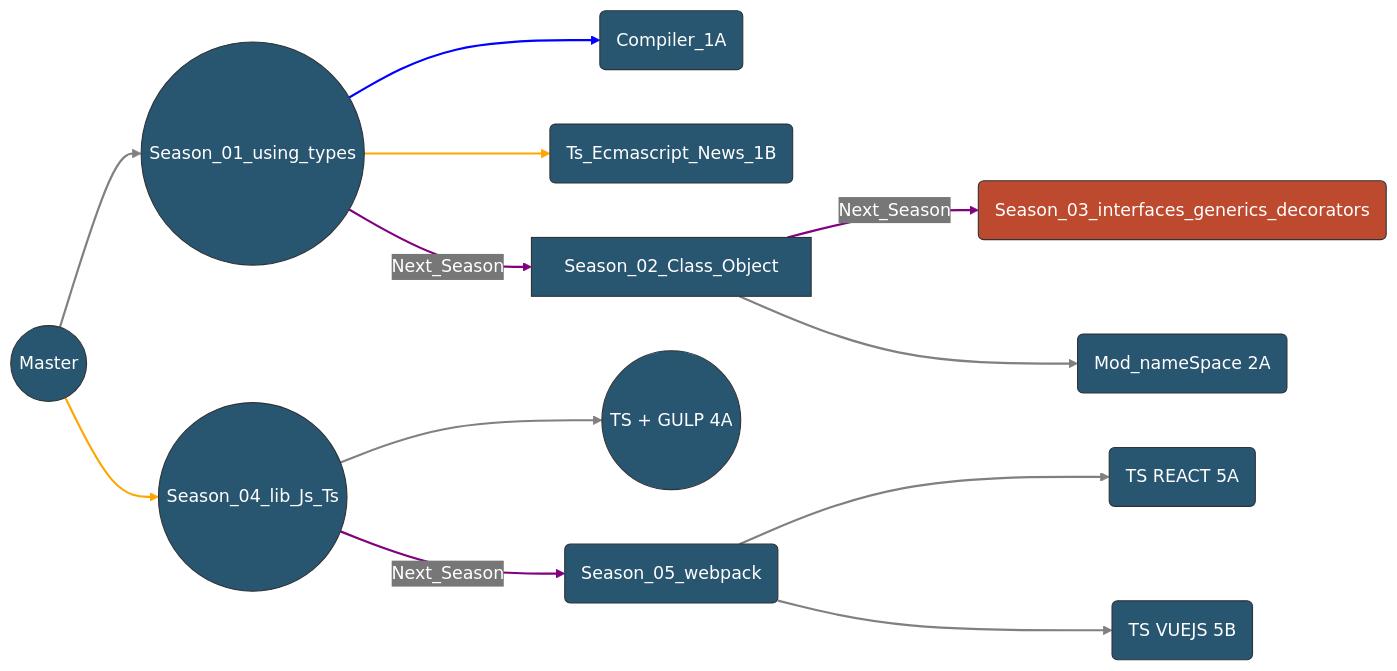
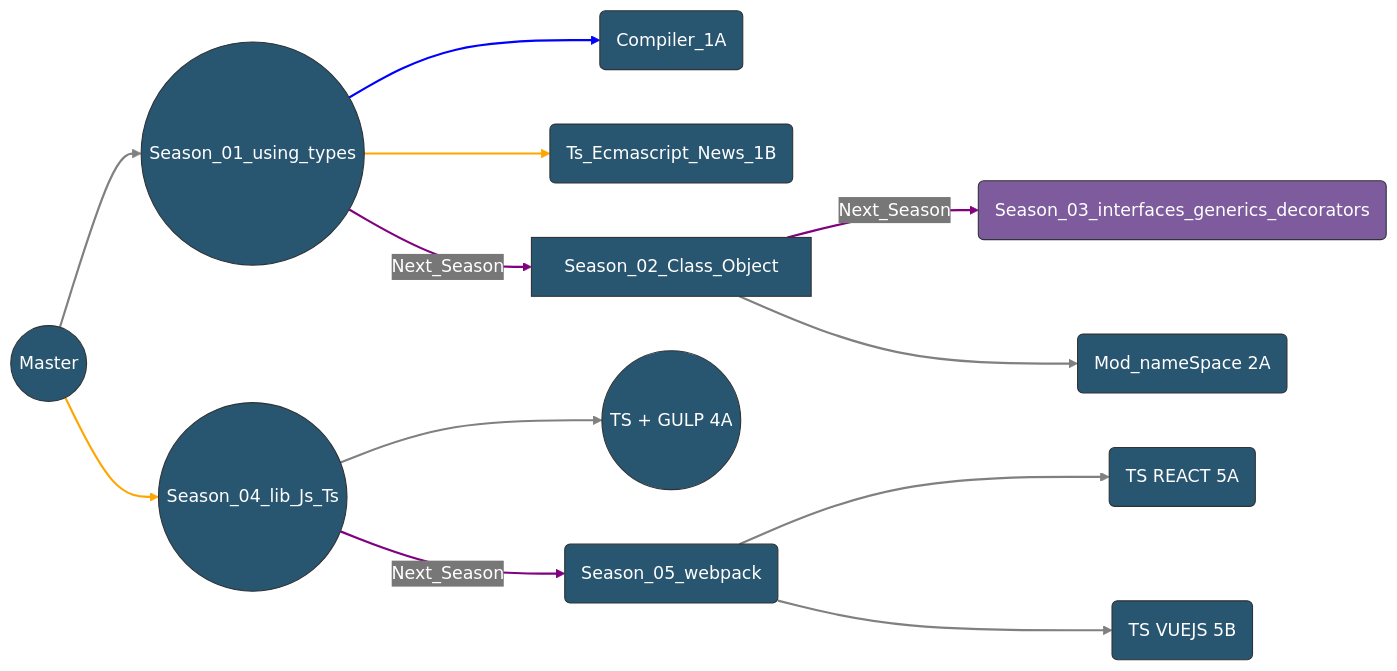
One commit to TeoNogueira/TypeScript-2022 changed the second of 2 diagrams in readme.md. Above: the diagram before and after it, drawn with Mermaid.

Commit message:
Color Interface, generics, decorators
Color Interface, generics, decorators

````diff
--- a/readme.md
+++ b/readme.md
@@ -63,51 +63,51 @@
   ```mermaid
 
 %%{init: {'theme': 'base', 'themeVariables': { 'primaryColor': '#285570', 'edgeLabelBackground':'#777777', 'tertiaryColor': '#285570', 'primaryTextColor': 'white', 'lineColor': '#D4EFDF'}}}%%
 
 flowchart LR;
 
  3:::someclass
-    classDef someclass fill:#bd492e;
+    classDef someclass fill:#7d5b9c;
     
 1(Season_01) --> 1A(Compiler_1A) 
 1(Season_01) --> 1B(Ts_Ecmascript_News_1B) 
 A((Master)) --> 1((Season_01_using_types)) -->|Next_Season| 2((S_02)) --> |Next_Season| 3((S_03))
 2[Season_02_Class_Object]--> 2A(Mod_nameSpace 2A)
 
 3(Season_03_interfaces_generics_decorators) 
 4((Season_04_lib_Js_Ts)) --> 4A((TS + GULP 4A))
 A((Master)) --> 4((Season_04_lib_Js_Ts)) -->|Next_Season|5(S_05)
 
 
 5(Season_05) --> 5A(TS REACT 5A) 
 5(Season_05_webpack) --> 5B(TS VUEJS 5B)
 
 
 
      linkStyle 0 stroke-width:2px,fill:none,stroke:blue;
         linkStyle 1 stroke-width:2px,fill:none,stroke:orange;
         linkStyle 2 stroke-width:2px,fill:none,stroke:gray;
         linkStyle 3 stroke-width:2px,fill:none,stroke:purple;
         linkStyle 4 stroke-width:2px,fill:none,stroke:purple;
           linkStyle 5 stroke-width:2px,fill:none,stroke:gray;
           linkStyle 6 stroke-width:2px,fill:none,stroke:gray;
           linkStyle 7 stroke-width:2px,fill:none,stroke:orange;
           linkStyle 8 stroke-width:2px,fill:none,stroke:purple;
           linkStyle 9 stroke-width:2px,fill:none,stroke:gray;
           linkStyle 10 stroke-width:2px,fill:none,stroke:gray;
 
 
 click A "https://github.com/TeoNogueira/TypeScript-2022/tree/master"
 click 1 "https://github.com/TeoNogueira/TypeScript-2022/tree/season_01"
 click 1A "https://github.com/TeoNogueira/TypeScript-2022/tree/season_01_compiler"
 click 1B "https://github.com/TeoNogueira/TypeScript-2022/tree/season_01_b"
 click 2 "https://github.com/TeoNogueira/TypeScript-2022/tree/season_02"
 click 2A "https://github.com/TeoNogueira/TypeScript-2022/tree/season_02_b"
 click 3 "https://github.com/TeoNogueira/TypeScript-2022/tree/season_03"
 click 4 "https://github.com/TeoNogueira/TypeScript-2022/tree/season_04"
 click 4A "https://github.com/TeoNogueira/TypeScript-2022/tree/season_04_a"
 click 5 "https://github.com/TeoNogueira/TypeScript-2022/tree/season_05"
 click 5A "https://github.com/TeoNogueira/TypeScript-2022/tree/ts_react"
 click 5B "https://github.com/TeoNogueira/TypeScript-2022/tree/ts_vueJs"
 
  ```
````
